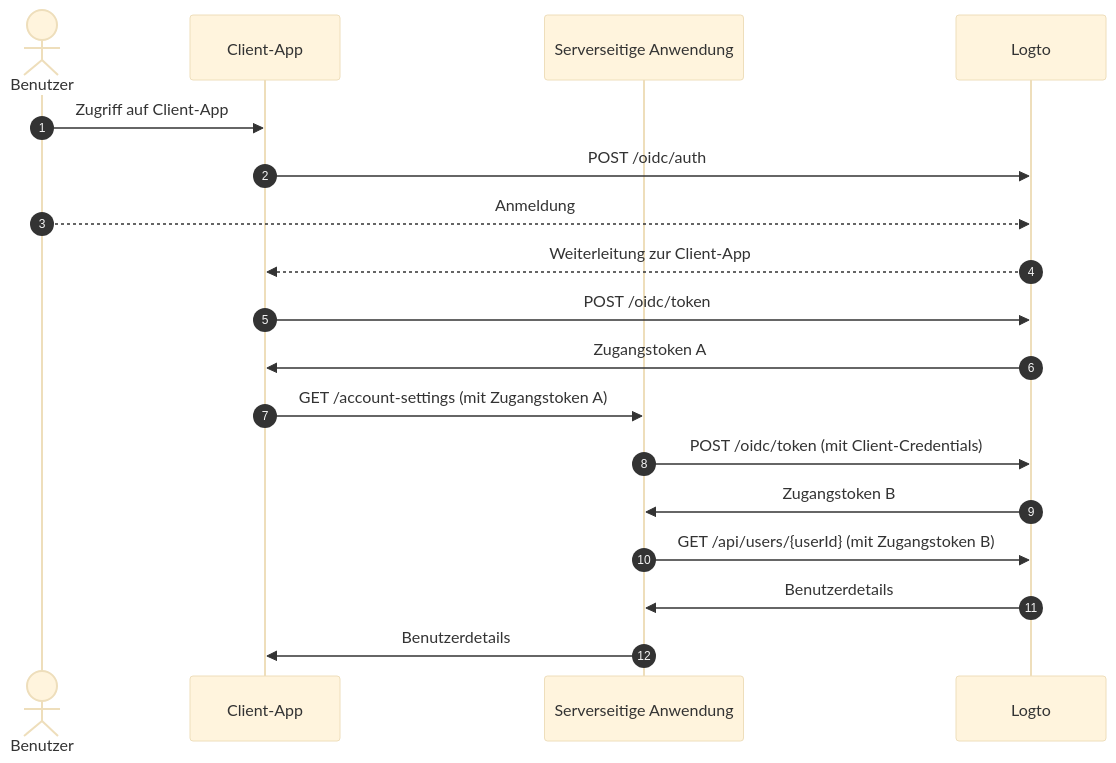
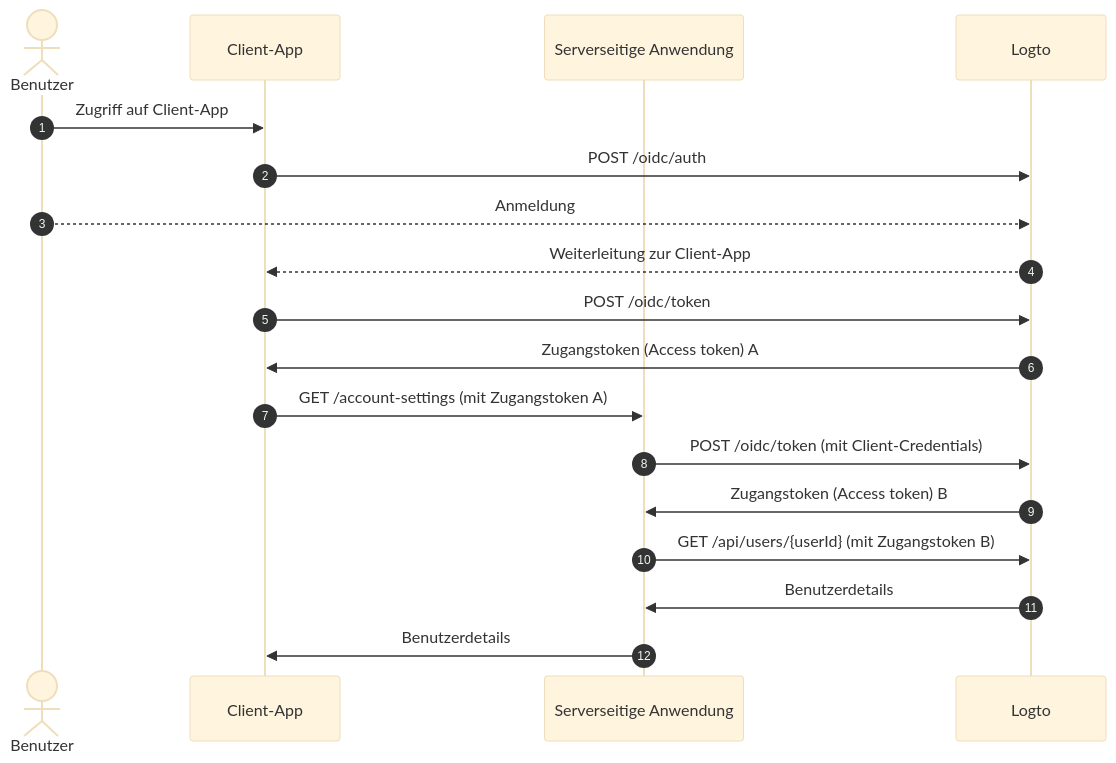
Before and after one commit to logto-io/docs: the second of 3 diagrams in i18n/de/docusaurus-plugin-content-docs/current/end-user-flows/account-settings/by-management-api.mdx, drawn with Mermaid (base theme). The commit also changed other lines of this file and 152 other files, not shown here.

````diff
--- a/i18n/de/docusaurus-plugin-content-docs/current/end-user-flows/account-settings/by-management-api.mdx
+++ b/i18n/de/docusaurus-plugin-content-docs/current/end-user-flows/account-settings/by-management-api.mdx
@@ -28,21 +28,21 @@
 ```mermaid
   sequenceDiagram
     autonumber
     actor User as Benutzer
     participant Client as Client-App
     participant Server as Serverseitige Anwendung
     participant Logto as Logto
 
     User ->> Client: Zugriff auf Client-App
     Client ->> Logto: POST /oidc/auth
     User -->> Logto: Anmeldung
     Logto -->> Client: Weiterleitung zur Client-App
     Client ->> Logto: POST /oidc/token
-    Logto ->> Client: Zugangstoken A
+    Logto ->> Client: Zugangstoken (Access token) A
     Client ->> Server: GET /account-settings (mit Zugangstoken A)
     Server ->> Logto: POST /oidc/token (mit Client-Credentials)
-    Logto ->> Server: Zugangstoken B
+    Logto ->> Server: Zugangstoken (Access token) B
     Server ->> Logto: GET /api/users/{userId} (mit Zugangstoken B)
     Logto ->> Server: Benutzerdetails
     Server ->> Client: Benutzerdetails
 ```
````
